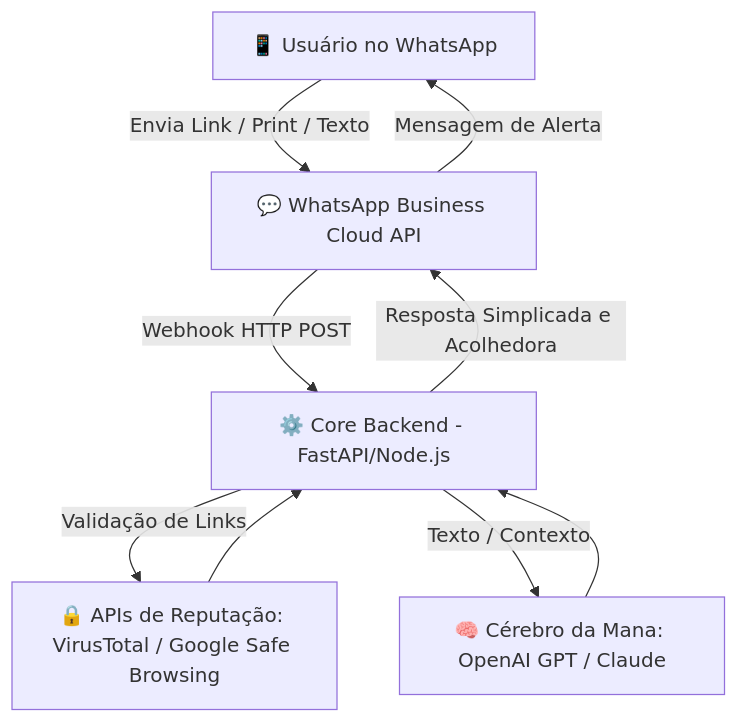
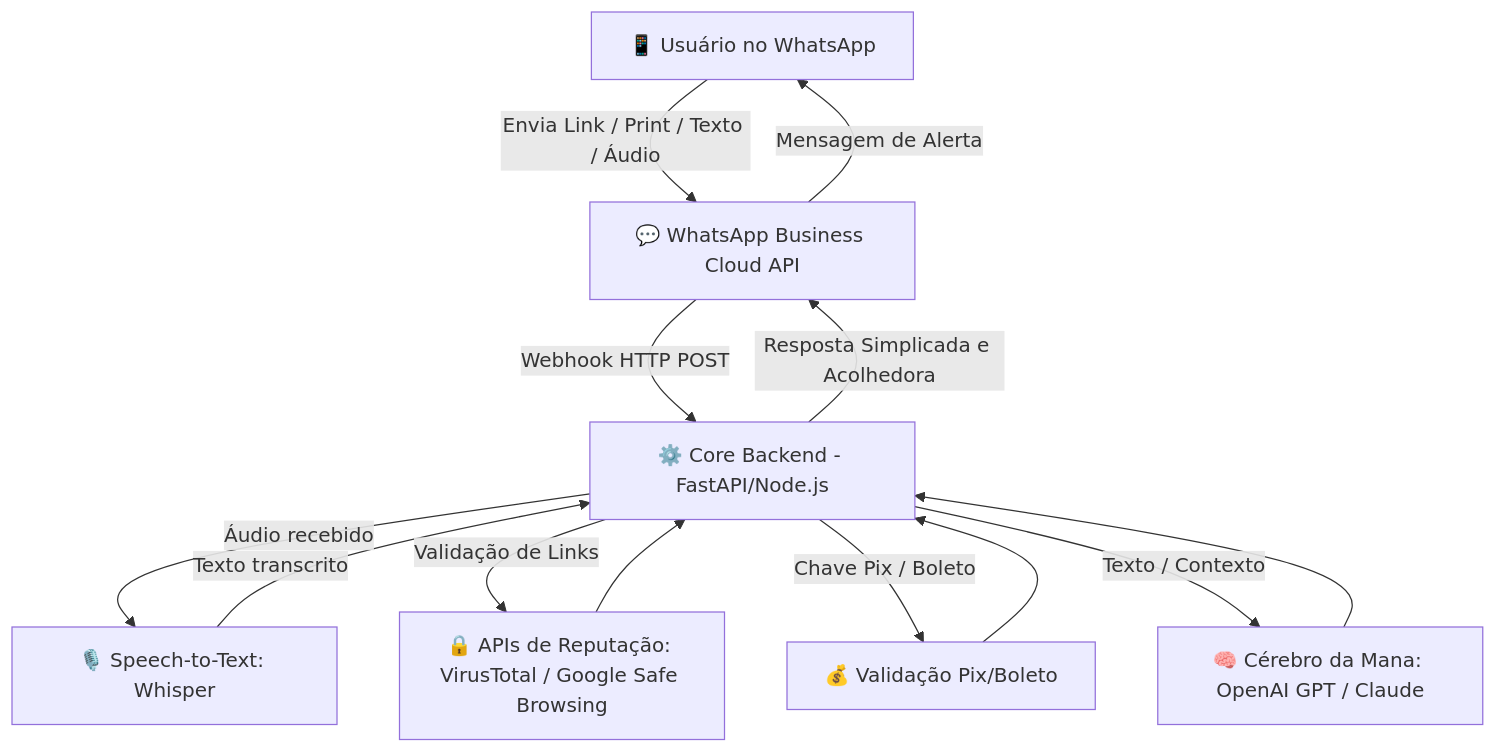
Before and after one commit to marleciooliveira/WhatsApp_guard: the diagram in README.md, drawn with Mermaid. The commit also changed other lines of this file and 6 other files, not shown here.

````diff
--- a/README.md
+++ b/README.md
@@ -30,14 +46,19 @@
 ```mermaid
 graph TD
-    User[📱 Usuário no WhatsApp] -->|Envia Link / Print / Texto| WA_API[💬 WhatsApp Business Cloud API]
+    User[📱 Usuário no WhatsApp] -->|Envia Link / Print / Texto / Áudio| WA_API[💬 WhatsApp Business Cloud API]
     WA_API -->|Webhook HTTP POST| Backend[⚙️ Core Backend - FastAPI/Node.js]
-    
+
+    Backend -->|Áudio recebido| STT[🎙️ Speech-to-Text: Whisper]
+    STT -->|Texto transcrito| Backend
+
     Backend -->|Validação de Links| Security_APIs[🔒 APIs de Reputação: VirusTotal / Google Safe Browsing]
+    Backend -->|Chave Pix / Boleto| Pix_Validation[💰 Validação Pix/Boleto]
     Backend -->|Texto / Contexto| LLM_Mana[🧠 Cérebro da Mana: OpenAI GPT / Claude]
-    
+
     Security_APIs --> Backend
+    Pix_Validation --> Backend
     LLM_Mana --> Backend
-    
+
     Backend -->|Resposta Simplicada e Acolhedora| WA_API
     WA_API -->|Mensagem de Alerta| User
 ```
````
